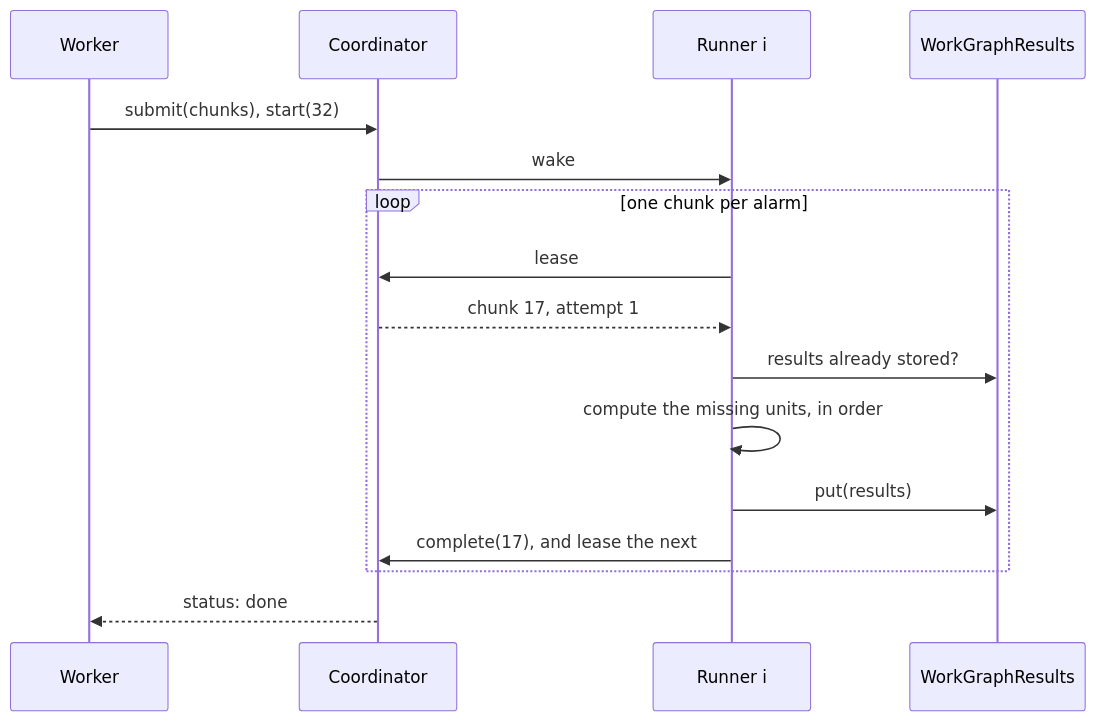
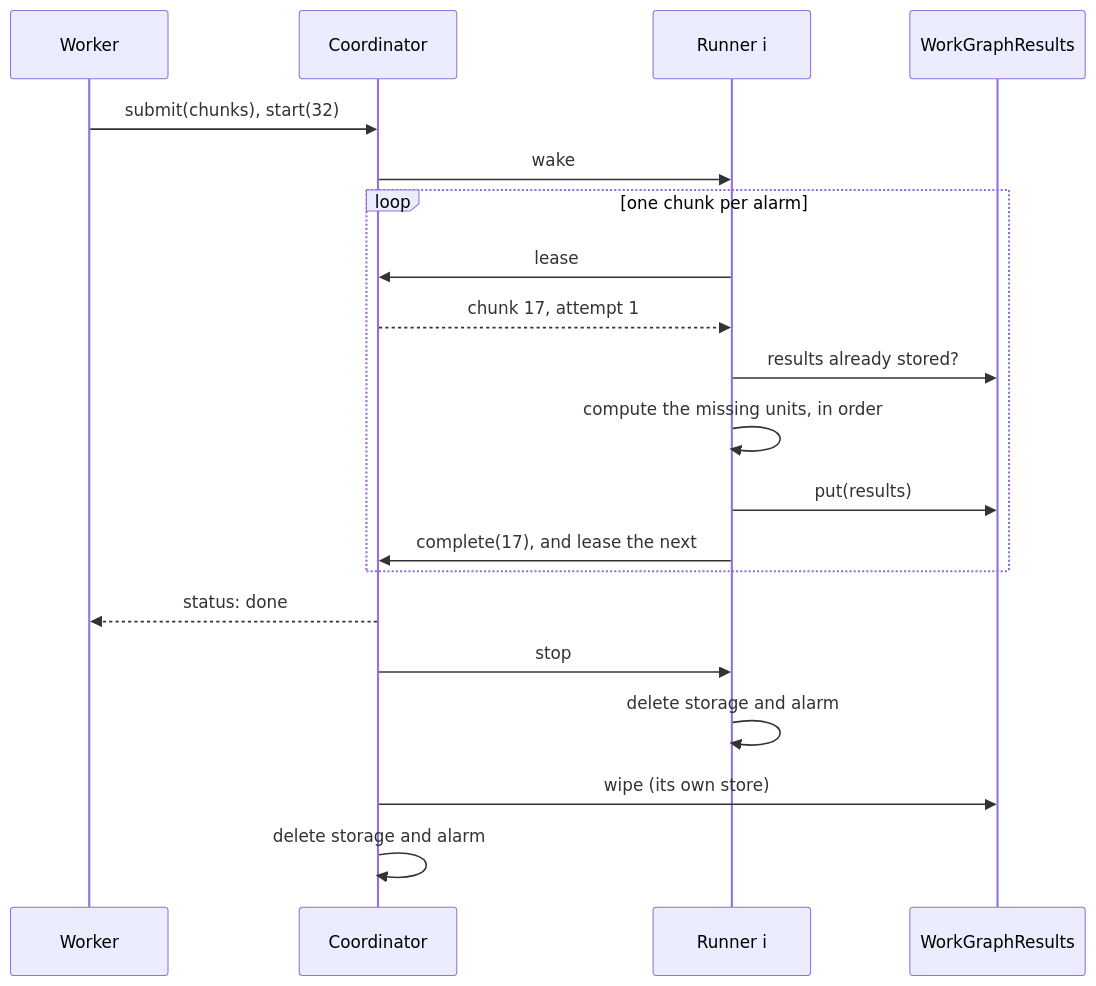
Before and after one commit to leostera/do-kit: the diagram in docs/rfds/RFD0005-work-graphs.md, drawn with Mermaid. The commit also changed other lines of this file and 27 other files, not shown here.

````diff
--- a/docs/rfds/RFD0005-work-graphs.md
+++ b/docs/rfds/RFD0005-work-graphs.md
@@ -210,18 +219,22 @@
 ```mermaid
 sequenceDiagram
   participant W as Worker
   participant C as Coordinator
   participant R as Runner i
   participant S as WorkGraphResults
   W->>C: submit(chunks), start(32)
   C->>R: wake
   loop one chunk per alarm
     R->>C: lease
     C-->>R: chunk 17, attempt 1
     R->>S: results already stored?
     R->>R: compute the missing units, in order
     R->>S: put(results)
     R->>C: complete(17), and lease the next
   end
   C-->>W: status: done
+  C->>R: stop
+  R->>R: delete storage and alarm
+  C->>S: wipe (its own store)
+  C->>C: delete storage and alarm
 ```
````
